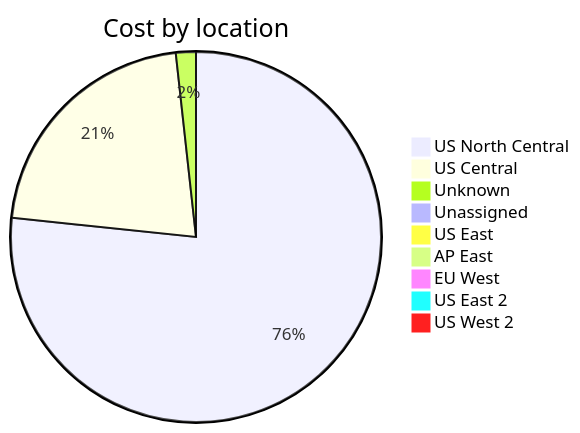
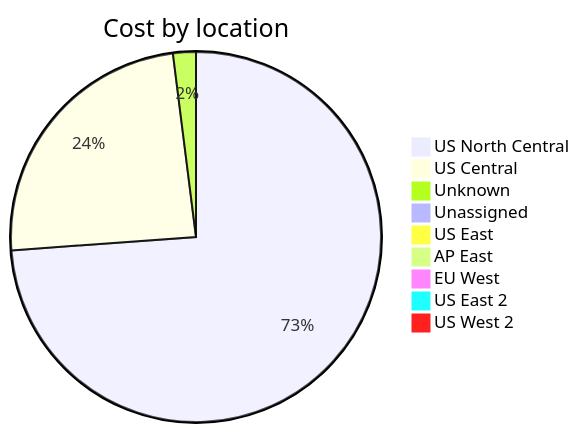
The third of 4 diagrams in cost-reports/accumulated-cost.md (jpfulton/azure-personal-reports), drawn with Mermaid before and after one commit. The commit also changed other lines of this file and 4 other files, not shown here.

````diff
--- a/cost-reports/accumulated-cost.md
+++ b/cost-reports/accumulated-cost.md
@@ -131,13 +131,13 @@
 ```mermaid
 pie
    title Cost by location
-   "US North Central" : 4.83
-   "US Central" : 1.36
-   "Unknown" : 0.11
-   "Unassigned" : 0.06
-   "US East" : 0.02
+   "US North Central" : 7.03
+   "US Central" : 2.30
+   "Unknown" : 0.19
+   "Unassigned" : 0.09
+   "US East" : 0.04
    "AP East" : 0.00
    "EU West" : 0.00
    "US East 2" : 0.00
    "US West 2" : 0.00
 ```
````
